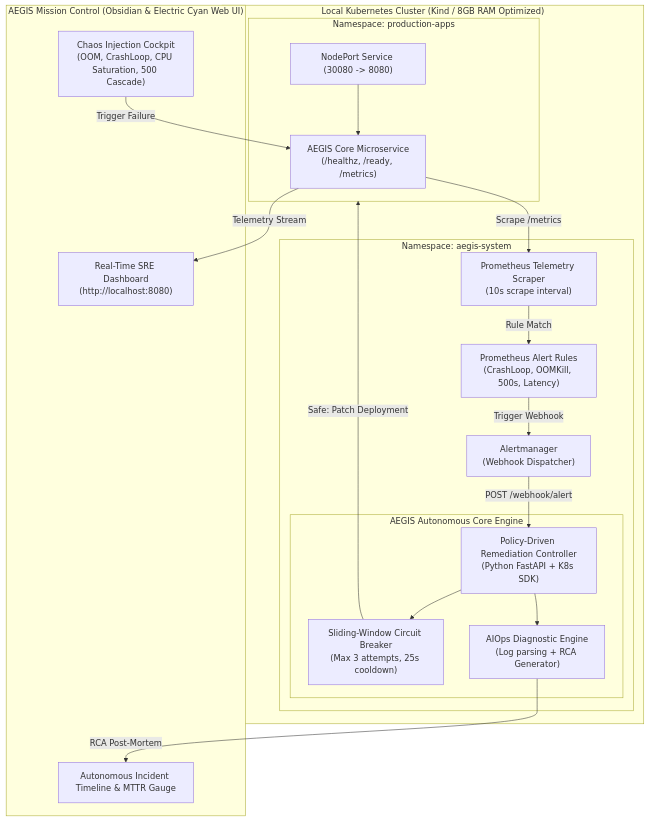
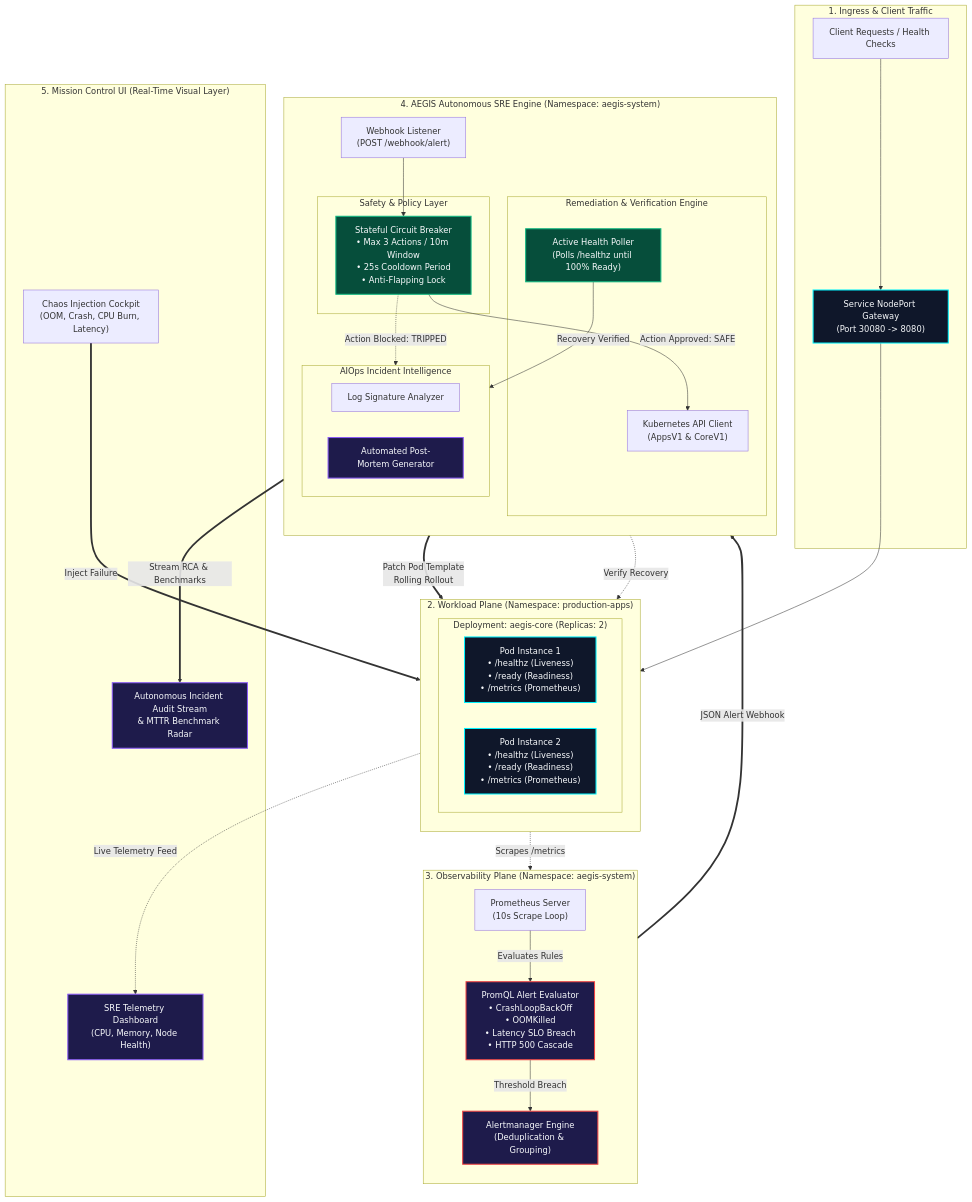
One commit to devop-jigyasa/aegis-self-healing-platform changed the diagram in README.md. Above: the diagram before and after it, drawn with Mermaid. The commit also changed other lines of this file, not shown here.

Commit message:
docs: overhaul architecture diagram and elevate README to enterprise open-source standard

````diff
--- a/README.md
+++ b/README.md
@@ -66,39 +60,75 @@
 ```mermaid
-flowchart TD
-    subgraph UI_LAYER["AEGIS Mission Control (Obsidian & Electric Cyan Web UI)"]
-        WebUI["Real-Time SRE Dashboard\n(http://localhost:8080)"]
-        ChaosCockpit["Chaos Injection Cockpit\n(OOM, CrashLoop, CPU Saturation, 500 Cascade)"]
-        Timeline["Autonomous Incident Timeline & MTTR Gauge"]
+flowchart TB
+    subgraph INGRESS_LAYER["1. Ingress & Client Traffic"]
+        ClientUser["Client Requests / Health Checks"]
+        NodePort["Service NodePort Gateway\n(Port 30080 -> 8080)"]
+        ClientUser --> NodePort
     end
 
-    subgraph K8S_CLUSTER["Local Kubernetes Cluster (Kind / 8GB RAM Optimized)"]
-        subgraph PROD_NS["Namespace: production-apps"]
-            CorePod["AEGIS Core Microservice\n(/healthz, /ready, /metrics)"]
-            ServiceRouter["NodePort Service (30080 -> 8080)"]
-            ServiceRouter --> CorePod
+    subgraph WORKLOAD_PLANE["2. Workload Plane (Namespace: production-apps)"]
+        direction TB
+        subgraph APP_PODS["Deployment: aegis-core (Replicas: 2)"]
+            Pod1["Pod Instance 1\n• /healthz (Liveness)\n• /ready (Readiness)\n• /metrics (Prometheus)"]
+            Pod2["Pod Instance 2\n• /healthz (Liveness)\n• /ready (Readiness)\n• /metrics (Prometheus)"]
+        end
+        NodePort --> APP_PODS
+    end
+
+    subgraph OBSERVABILITY_PLANE["3. Observability Plane (Namespace: aegis-system)"]
+        direction TB
+        PrometheusServer["Prometheus Server\n(10s Scrape Loop)"]
+        AlertRules["PromQL Alert Evaluator\n• CrashLoopBackOff\n• OOMKilled\n• Latency SLO Breach\n• HTTP 500 Cascade"]
+        Alertmanager["Alertmanager Engine\n(Deduplication & Grouping)"]
+
+        APP_PODS -.->|Scrapes /metrics| PrometheusServer
+        PrometheusServer -->|Evaluates Rules| AlertRules
+        AlertRules -->|Threshold Breach| Alertmanager
+    end
+
+    subgraph CONTROL_PLANE["4. AEGIS Autonomous SRE Engine (Namespace: aegis-system)"]
+        direction TB
+        WebhookReceiver["Webhook Listener\n(POST /webhook/alert)"]
+        
+        subgraph GUARD_RAILS["Safety & Policy Layer"]
+            CircuitBreaker["Stateful Circuit Breaker\n• Max 3 Actions / 10m Window\n• 25s Cooldown Period\n• Anti-Flapping Lock"]
+        end
+        
+        subgraph ACTION_ENGINE["Remediation & Verification Engine"]
+            K8sClient["Kubernetes API Client\n(AppsV1 & CoreV1)"]
+            ProbeVerifier["Active Health Poller\n(Polls /healthz until 100% Ready)"]
         end
 
-        subgraph SRE_NS["Namespace: aegis-system"]
-            Prom["Prometheus Telemetry Scraper\n(10s scrape interval)"]
-            Alerts["Prometheus Alert Rules\n(CrashLoop, OOMKill, 500s, Latency)"]
-            AlertMgr["Alertmanager\n(Webhook Dispatcher)"]
-            
-            subgraph ENGINE["AEGIS Autonomous Core Engine"]
-                RemediationBot["Policy-Driven Remediation Controller\n(Python FastAPI + K8s SDK)"]
-                CircuitBreaker["Sliding-Window Circuit Breaker\n(Max 3 attempts, 25s cooldown)"]
-                AIEngine["AIOps Diagnostic Engine\n(Log parsing + RCA Generator)"]
-            end
+        subgraph AIOPS_ENGINE["AIOps Incident Intelligence"]
+            LogCorrelator["Log Signature Analyzer"]
+            RCAGenerator["Automated Post-Mortem Generator"]
         end
+
+        Alertmanager ==>|JSON Alert Webhook| WebhookReceiver
+        WebhookReceiver --> CircuitBreaker
+        CircuitBreaker -->|Action Approved: SAFE| K8sClient
+        CircuitBreaker -.->|Action Blocked: TRIPPED| AIOPS_ENGINE
+        K8sClient ==>|Patch Pod Template\nRolling Rollout| APP_PODS
+        ProbeVerifier -.->|Verify Recovery| APP_PODS
+        ProbeVerifier -->|Recovery Verified| AIOPS_ENGINE
     end
 
-    ChaosCockpit -->|Trigger Failure| CorePod
-    CorePod -->|Scrape /metrics| Prom
-    Prom -->|Rule Match| Alerts
-    Alerts -->|Trigger Webhook| AlertMgr
-    AlertMgr -->|POST /webhook/alert| RemediationBot
-    RemediationBot --> CircuitBreaker
-    CircuitBreaker -->|Safe: Patch Deployment| PROD_NS
-    RemediationBot --> AIEngine
-    AIEngine -->|RCA Post-Mortem| Timeline
-    CorePod -->|Telemetry Stream| WebUI
+    subgraph MISSION_CONTROL["5. Mission Control UI (Real-Time Visual Layer)"]
+        Dashboard["SRE Telemetry Dashboard\n(CPU, Memory, Node Health)"]
+        ChaosCockpit["Chaos Injection Cockpit\n(OOM, Crash, CPU Burn, Latency)"]
+        LiveTimeline["Autonomous Incident Audit Stream\n& MTTR Benchmark Radar"]
+
+        ChaosCockpit ==>|Inject Failure| APP_PODS
+        APP_PODS -.->|Live Telemetry Feed| Dashboard
+        AIOPS_ENGINE ==>|Stream RCA & Benchmarks| LiveTimeline
+    end
+
+    classDef primary fill:#0F172A,stroke:#00F2FE,stroke-width:2px,color:#F8FAFC;
+    classDef alert fill:#1E1B4B,stroke:#EF4444,stroke-width:2px,color:#F8FAFC;
+    classDef safe fill:#064E3B,stroke:#10B981,stroke-width:2px,color:#F8FAFC;
+    classDef highlight fill:#1E1B4B,stroke:#8B5CF6,stroke-width:2px,color:#F8FAFC;
+
+    class NodePort,Pod1,Pod2 primary;
+    class AlertRules,Alertmanager alert;
+    class CircuitBreaker,ProbeVerifier safe;
+    class RCAGenerator,Dashboard,LiveTimeline highlight;
 ```
````
